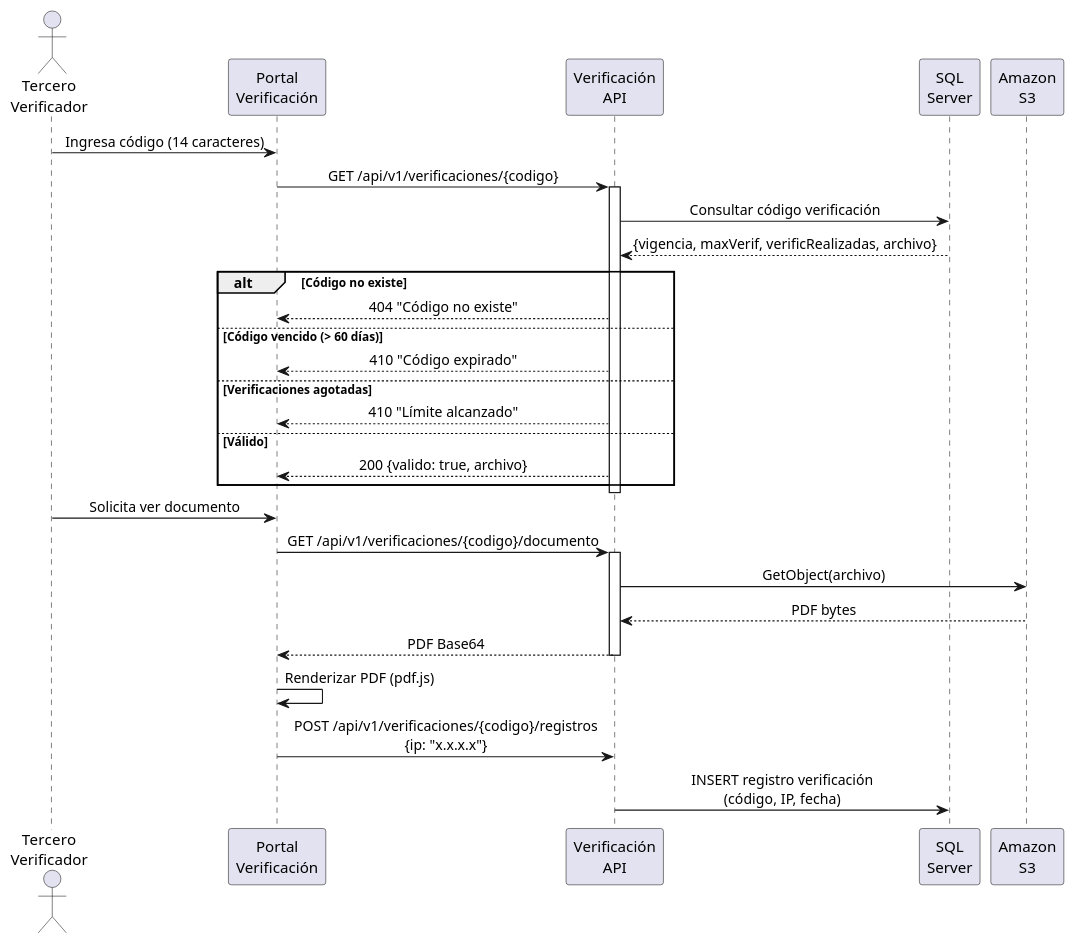
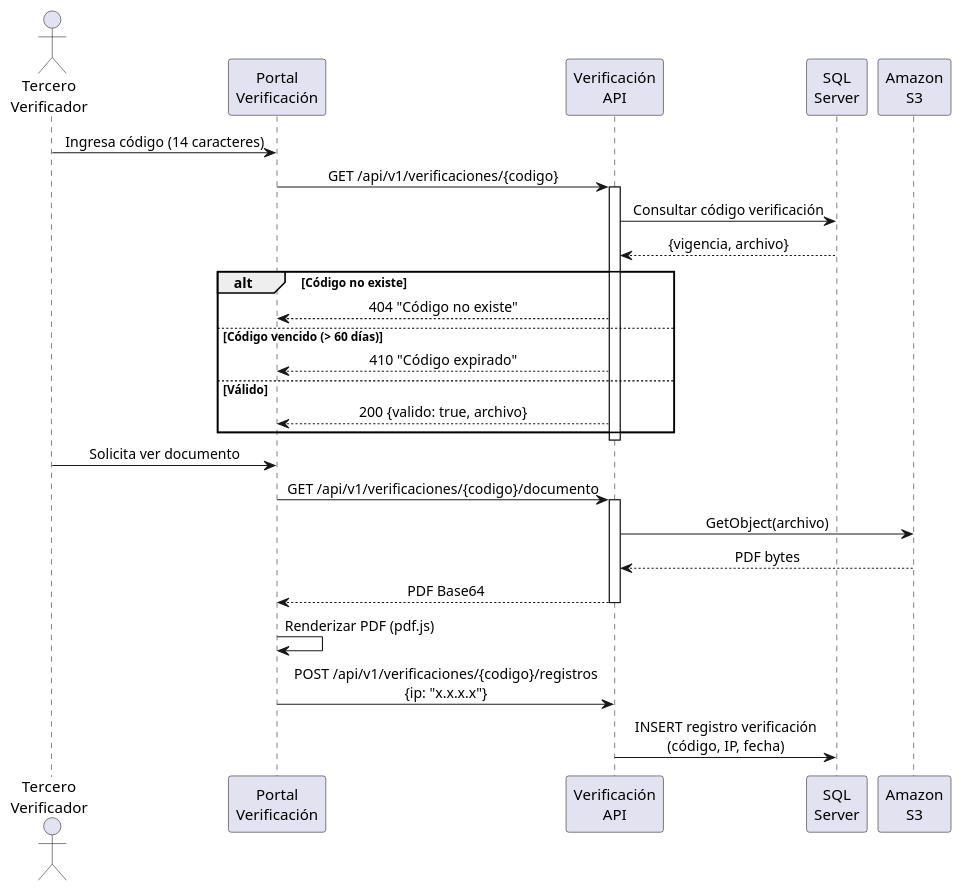
One commit to LIDR-academy/AI4Devs-finalproject changed the fourth of 12 diagrams in docs/PRD_CERTIFICADOS_ELECTRONICOS.md. Above: the diagram before and after it, drawn with PlantUML. The commit also changed other lines of this file and 72 other files, not shown here.

````diff
--- a/docs/PRD_CERTIFICADOS_ELECTRONICOS.md
+++ b/docs/PRD_CERTIFICADOS_ELECTRONICOS.md
@@ -267,43 +267,41 @@
 ```plantuml
 @startuml
 skinparam sequenceMessageAlign center
 
 actor "Tercero\nVerificador" as V
 participant "Portal\nVerificación" as FE
 participant "Verificación\nAPI" as API
 participant "SQL\nServer" as DB
 participant "Amazon\nS3" as S3
 
 V -> FE : Ingresa código (14 caracteres)
 FE -> API : GET /api/v1/verificaciones/{codigo}
 activate API
 
 API -> DB : Consultar código verificación
-DB --> API : {vigencia, maxVerif, verificRealizadas, archivo}
+DB --> API : {vigencia, archivo}
 
 alt Código no existe
     API --> FE : 404 "Código no existe"
 else Código vencido (> 60 días)
     API --> FE : 410 "Código expirado"
-else Verificaciones agotadas
-    API --> FE : 410 "Límite alcanzado"
 else Válido
     API --> FE : 200 {valido: true, archivo}
 end
 deactivate API
 
 V -> FE : Solicita ver documento
 FE -> API : GET /api/v1/verificaciones/{codigo}/documento
 activate API
 API -> S3 : GetObject(archivo)
 S3 --> API : PDF bytes
 API --> FE : PDF Base64
 deactivate API
 
 FE -> FE : Renderizar PDF (pdf.js)
 
 FE -> API : POST /api/v1/verificaciones/{codigo}/registros\n{ip: "x.x.x.x"}
 API -> DB : INSERT registro verificación\n(código, IP, fecha)
 
 @enduml
 ```
````
